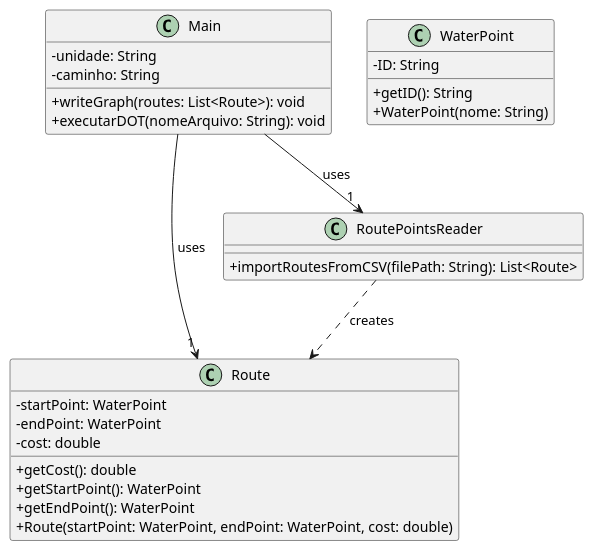
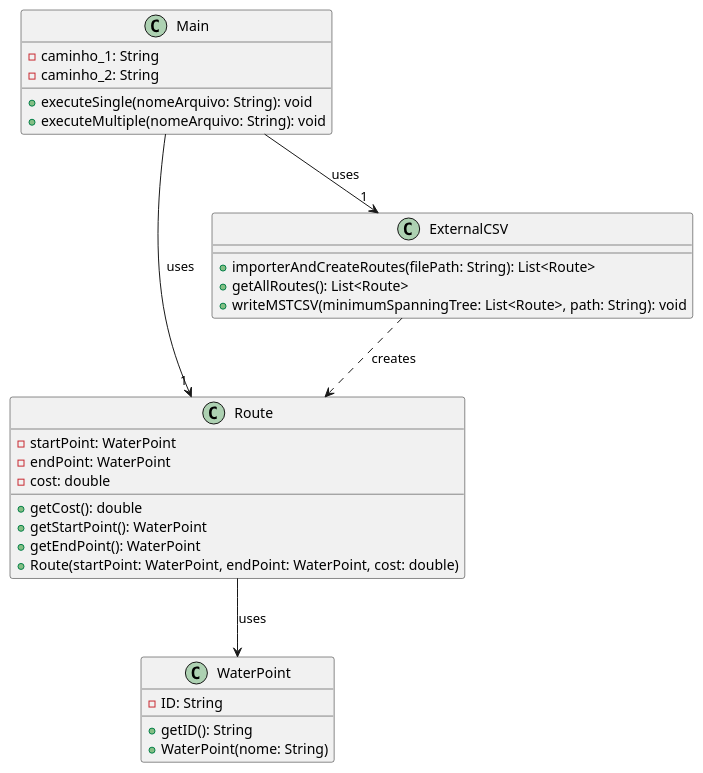
Before and after one commit to ricardomm7/leaflink: the diagram in docs/sprintB/us012/03.design/puml/us012-class-diagram.puml, drawn with PlantUML. The commit also changed 2 other files, not shown here.

```diff
--- a/docs/sprintB/us012/03.design/puml/us012-class-diagram.puml
+++ b/docs/sprintB/us012/03.design/puml/us012-class-diagram.puml
@@ -1,43 +1,45 @@
 @startuml
-'skinparam monochrome true
-skinparam packageStyle rectangle
 skinparam shadowing false
 skinparam line type polyline
 
-skinparam classAttributeIconSize 0
 
 class Route {
     - startPoint: WaterPoint
     - endPoint: WaterPoint
     - cost: double
 
     + getCost(): double
     + getStartPoint(): WaterPoint
     + getEndPoint(): WaterPoint
     + Route(startPoint: WaterPoint, endPoint: WaterPoint, cost: double)
 }
 
 class WaterPoint {
     - ID: String
 
     + getID(): String
     + WaterPoint(nome: String)
 }
 
-class RoutePointsReader {
-    + importRoutesFromCSV(filePath: String): List<Route>
+class ExternalCSV {
+    + importerAndCreateRoutes(filePath: String): List<Route>
+    + getAllRoutes(): List<Route>
+    + writeMSTCSV(minimumSpanningTree: List<Route>, path: String): void
+
+
 }
 
 class Main {
-    - unidade: String
-    - caminho: String
+    - caminho_1: String
+    - caminho_2: String
 
-    + writeGraph(routes: List<Route>): void
-    + executarDOT(nomeArquivo: String): void
+    + executeSingle(nomeArquivo: String): void
+    + executeMultiple(nomeArquivo: String): void
 }
 
-RoutePointsReader ..> Route : creates
-Main --> "1" RoutePointsReader : uses
+Route  -->  WaterPoint: uses
+ExternalCSV ..> Route : creates
+Main --> "1" ExternalCSV : uses
 Main --> "1" Route : uses
 
 @enduml
```
